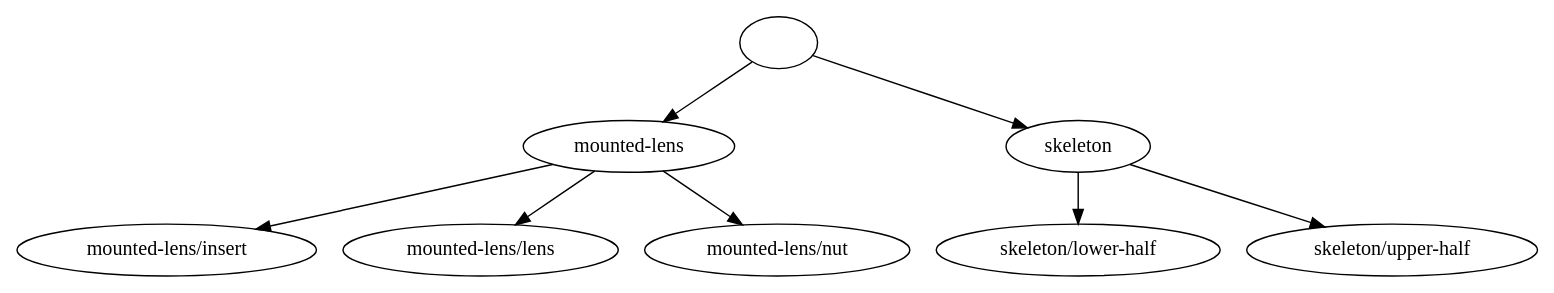
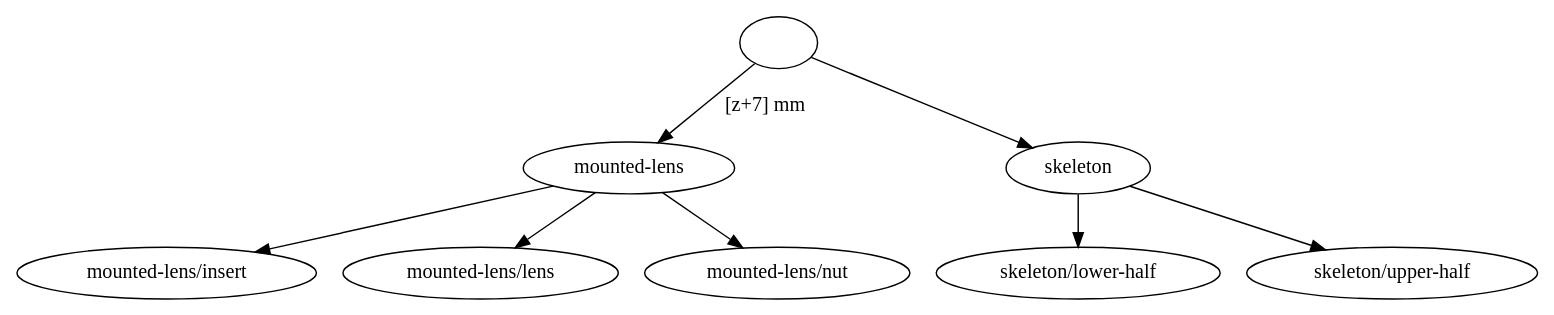
The diagram in examples/designs/cube-mounted/lens.dsn/_positions-graph:z.dot (openUC2/optikit), drawn with Graphviz before and after one commit. The commit also changed 290 other files, not shown here.

```diff
--- a/examples/designs/cube-mounted/lens.dsn/_positions-graph:z.dot
+++ b/examples/designs/cube-mounted/lens.dsn/_positions-graph:z.dot
@@ -1,50 +1,51 @@
 strict digraph "" {
-	graph [bb="0,0,912.86,180"];
+	graph [bb="0,0,912.86,197.8"];
 	node [label="\N"];
 	edge [label="\E"];
 	""	[height=0.5,
-		pos="455.74,162",
+		pos="455.74,179.8",
 		width=0.75];
 	"mounted-lens"	[height=0.5,
-		pos="364.74,90",
+		pos="364.74,91",
 		width=1.7667];
 	"" -> "mounted-lens"	[key=" -> mounted-lens",
-		label="",
-		pos="e,385.94,107.31 438.62,147.83 426.38,138.41 409.56,125.48 395.06,114.33"];
+		label="[z+7] mm",
+		lp="446.25,135.4",
+		pos="e,382.28,108.73 440.71,164.47 427.04,151.43 406.58,131.91 390.34,116.41"];
 	skeleton	[height=0.5,
-		pos="636.74,90",
+		pos="636.74,91",
 		width=1.2005];
 	"" -> skeleton	[key=" -> skeleton",
 		label="",
-		pos="e,605.84,102.95 478.66,152.13 507.89,140.83 558.96,121.08 595.13,107.09"];
+		pos="e,609.09,105.26 477.21,168.5 507.13,154.16 561.82,127.93 598.72,110.23"];
 	"mounted-lens/insert"	[height=0.5,
 		pos="87.74,18",
 		width=2.4372];
 	"mounted-lens" -> "mounted-lens/insert"	[key="mounted-lens -> mounted-lens/insert",
 		label="",
-		pos="e,141.38,32.554 318.38,77.284 272.89,65.789 203.14,48.163 152.26,35.304"];
+		pos="e,141.01,32.655 318.69,78.196 273.11,66.514 202.95,48.531 151.92,35.451"];
 	"mounted-lens/lens"	[height=0.5,
 		pos="275.74,18",
 		width=2.2734];
 	"mounted-lens" -> "mounted-lens/lens"	[key="mounted-lens -> mounted-lens/lens",
 		label="",
-		pos="e,296.89,35.633 344.1,72.765 332.69,63.795 318.32,52.49 305.7,42.564"];
+		pos="e,296.89,35.871 344.1,73.533 332.69,64.435 318.32,52.969 305.7,42.901"];
 	"mounted-lens/nut"	[height=0.5,
 		pos="453.74,18",
 		width=2.184];
 	"mounted-lens" -> "mounted-lens/nut"	[key="mounted-lens -> mounted-lens/nut",
 		label="",
-		pos="e,432.59,35.633 385.38,72.765 396.79,63.795 411.16,52.49 423.78,42.564"];
+		pos="e,432.9,35.624 385.38,73.533 396.87,64.369 411.37,52.802 424.05,42.682"];
 	"skeleton/lower-half"	[height=0.5,
 		pos="636.74,18",
 		width=2.3922];
 	skeleton -> "skeleton/lower-half"	[key="skeleton -> skeleton/lower-half",
 		label="",
-		pos="e,636.74,36.104 636.74,71.697 636.74,64.407 636.74,55.726 636.74,47.536"];
+		pos="e,636.74,36.029 636.74,72.813 636.74,65.226 636.74,56.101 636.74,47.539"];
 	"skeleton/upper-half"	[height=0.5,
 		pos="826.74,18",
 		width=2.3922];
 	skeleton -> "skeleton/upper-half"	[key="skeleton -> skeleton/upper-half",
 		label="",
-		pos="e,785.69,34.126 668.12,77.441 697.12,66.754 740.78,50.67 774.95,38.08"];
+		pos="e,786.03,34.212 668.12,78.276 697.22,67.4 741.06,51.016 775.29,38.227"];
 }
```
